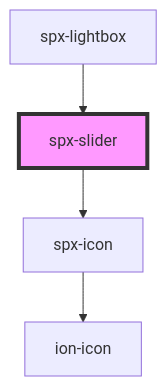
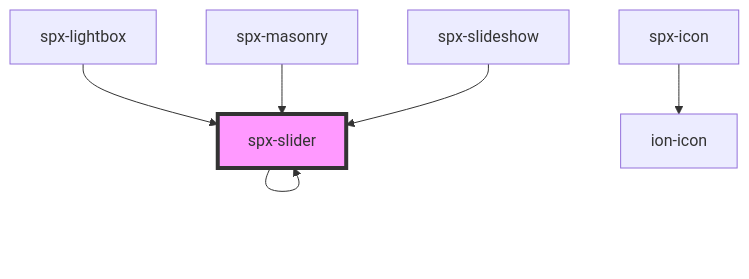
One commit to dnnsjsk/spx changed the diagram in stencil/src/components/elements/spx-slider/readme.md. Above: the diagram before and after it, drawn with Mermaid. The commit also changed other lines of this file and 37 other files, not shown here.

````diff
--- a/stencil/src/components/elements/spx-slider/readme.md
+++ b/stencil/src/components/elements/spx-slider/readme.md
@@ -82,7 +89,9 @@
 ```mermaid
 graph TD;
-  spx-slider --> spx-icon
+  spx-slider --> spx-slider
   spx-icon --> ion-icon
   spx-lightbox --> spx-slider
+  spx-masonry --> spx-slider
+  spx-slideshow --> spx-slider
   style spx-slider fill:#f9f,stroke:#333,stroke-width:4px
 ```
````
